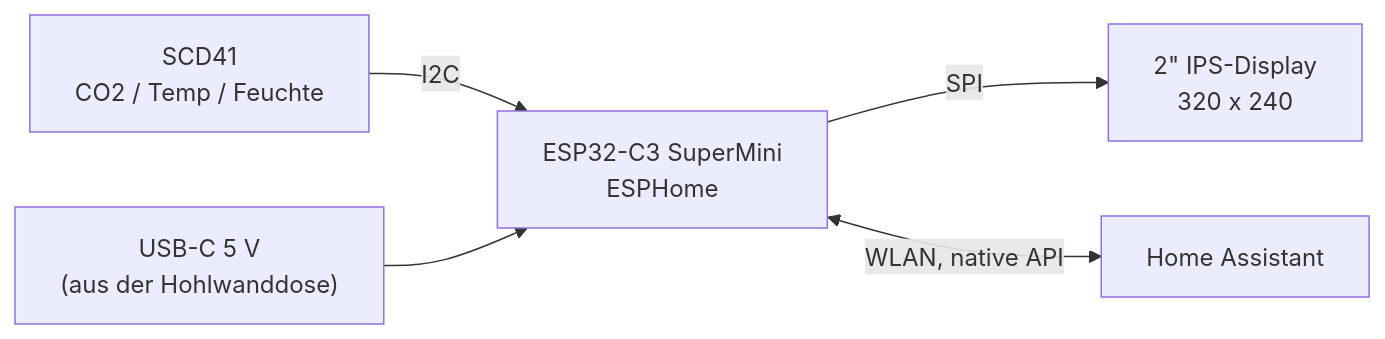
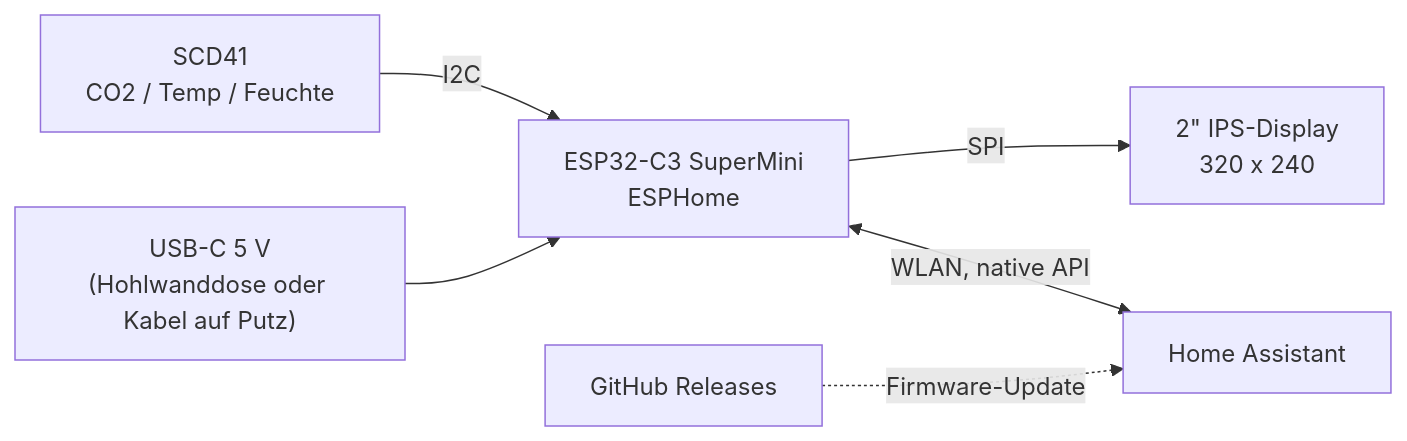
One commit to tobi136B/co2-wall-sensor changed the diagram in README.de.md. Above: the diagram before and after it, drawn with Mermaid. The commit also changed other lines of this file and 69 other files, not shown here.

````diff
--- a/README.de.md
+++ b/README.de.md
@@ -42,7 +43,8 @@
 ```mermaid
 flowchart LR
     SCD41["SCD41<br>CO2 / Temp / Feuchte"] -- I2C --> ESP["ESP32-C3 SuperMini<br>ESPHome"]
     ESP -- SPI --> LCD["2&quot; IPS-Display<br>320 x 240"]
     ESP <-- "WLAN, native API" --> HA["Home Assistant"]
-    USB["USB-C 5 V<br>(aus der Hohlwanddose)"] --> ESP
+    USB["USB-C 5 V<br>(Hohlwanddose oder Kabel auf Putz)"] --> ESP
+    GH["GitHub Releases"] -. "Firmware-Update" .-> HA
 ```
````
